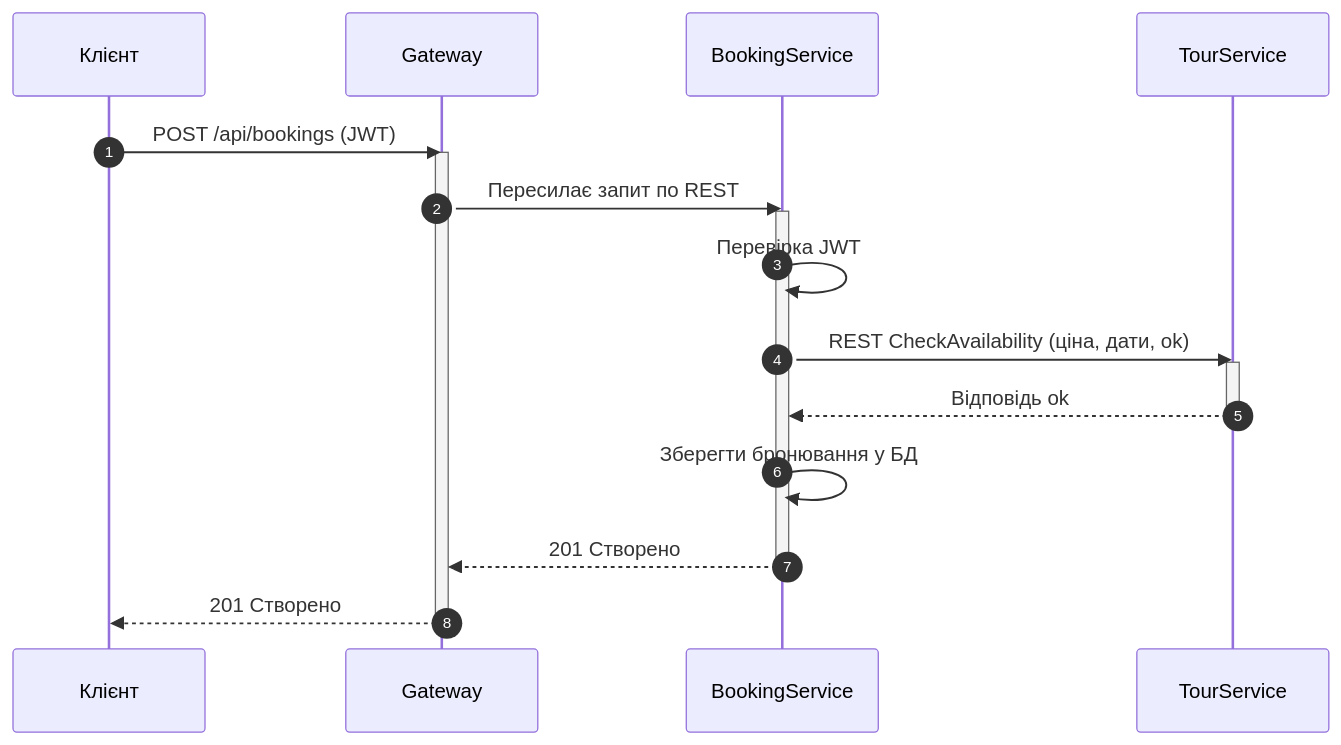
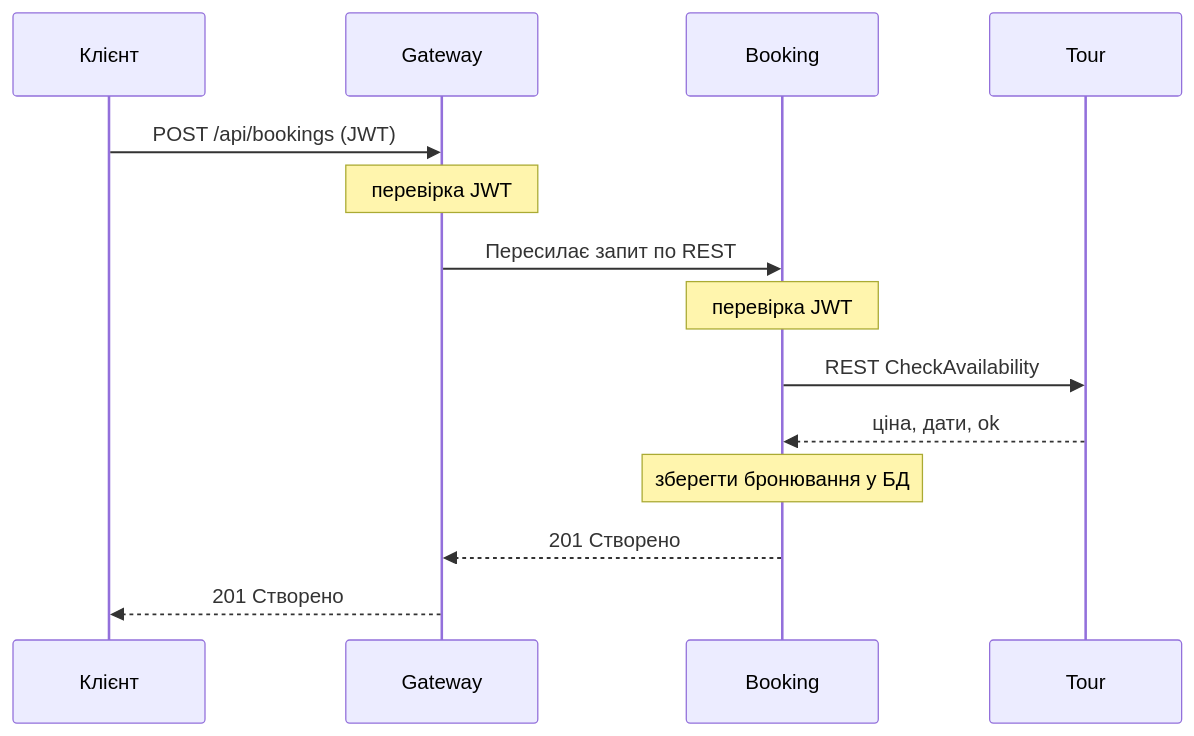
The third of 3 diagrams in docs/diagrams/diagrams.md (Mielssen/MiniProject), drawn with Mermaid before and after one commit. The commit also changed other lines of this file, not shown here.

````diff
--- a/docs/diagrams/diagrams.md
+++ b/docs/diagrams/diagrams.md
@@ -62,31 +51,23 @@
 ```mermaid
 sequenceDiagram
-    autonumber
-    
     participant Client as Клієнт
     participant Gateway as Gateway
-    participant BookingS as BookingService
-    participant TourS as TourService
+    participant BookingS as Booking
+    participant TourS as Tour
 
     Client->>Gateway: POST /api/bookings (JWT)
-    activate Gateway
-    
+
+    Note over Gateway: перевірка JWT
+
     Gateway->>BookingS: Пересилає запит по REST
-    activate BookingS
-    
-    BookingS->>BookingS: Перевірка JWT
-    
-    BookingS->>TourS: REST CheckAvailability (ціна, дати, ok)
-    activate TourS
-    
-    TourS-->>BookingS: Відповідь ok
-    deactivate TourS
-    
-    BookingS->>BookingS: Зберегти бронювання у БД
-    
+
+    Note over BookingS: перевірка JWT
+
+    BookingS->>TourS: REST CheckAvailability
+    TourS-->>BookingS: ціна, дати, ok
+
+    Note over BookingS: зберегти бронювання у БД
+
     BookingS-->>Gateway: 201 Створено
-    deactivate BookingS
-    
     Gateway-->>Client: 201 Створено
-    deactivate Gateway
 ```
````
